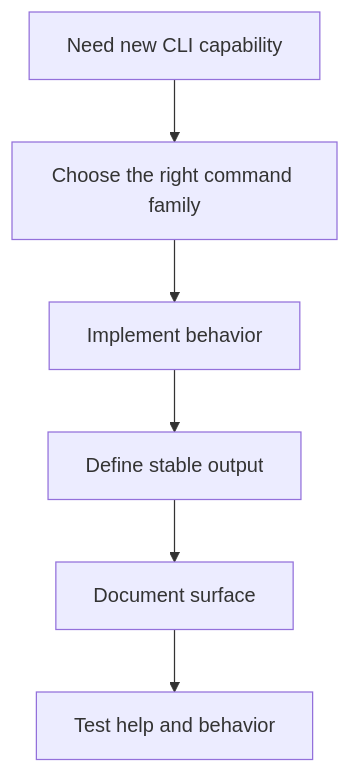
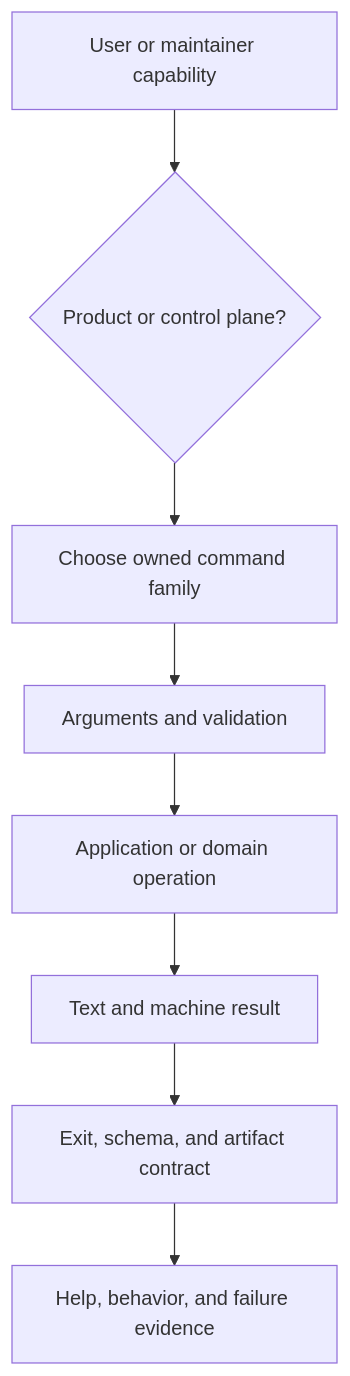
The first of 2 diagrams in docs/bijux-atlas-dev/automation/adding-cli-surface.md (bijux/bijux-atlas), drawn with Mermaid before and after one commit. The commit also changed other lines of this file and 2 other files, not shown here.

Commit message:
docs(extensions): define governed CLI HTTP and contract changes

````diff
--- a/docs/bijux-atlas-dev/automation/adding-cli-surface.md
+++ b/docs/bijux-atlas-dev/automation/adding-cli-surface.md
@@ -16,8 +20,10 @@
 ```mermaid
 flowchart TD
-    Need[Need new CLI capability] --> Family[Choose the right command family]
-    Family --> Handler[Implement behavior]
-    Handler --> Output[Define stable output]
-    Output --> Docs[Document surface]
-    Docs --> Tests[Test help and behavior]
+    Need[User or maintainer capability] --> Domain{Product or control plane?}
+    Domain --> Family[Choose owned command family]
+    Family --> Parse[Arguments and validation]
+    Parse --> Execute[Application or domain operation]
+    Execute --> Output[Text and machine result]
+    Output --> Contract[Exit, schema, and artifact contract]
+    Contract --> Evidence[Help, behavior, and failure evidence]
 ```
````
